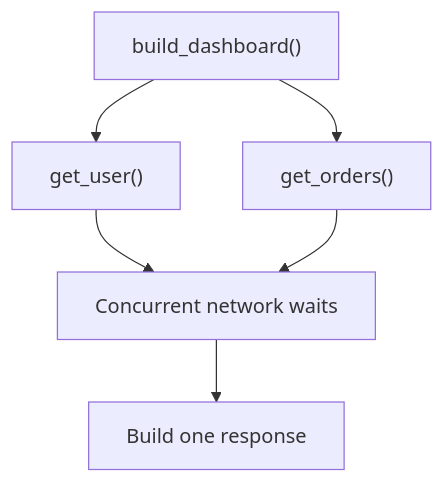
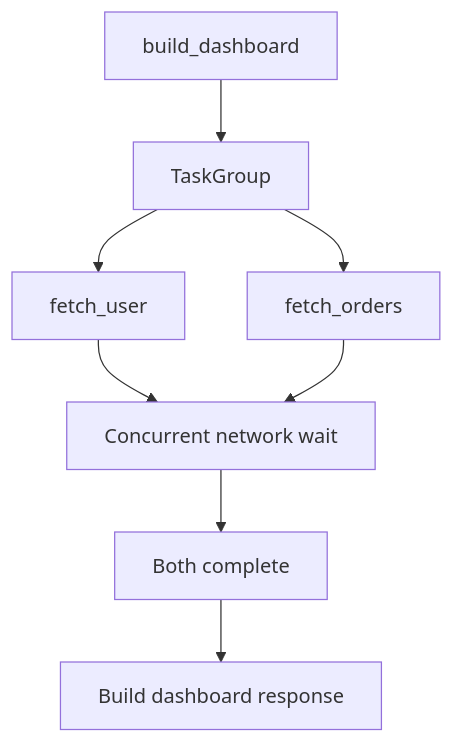
One commit to AvadhBhalodiya/Interview-Preparation changed the fourth of 4 diagrams in src/content/python/async-await-event-loop.md. Above: the diagram before and after it, drawn with Mermaid. The commit also changed other lines of this file and 80 other files, not shown here.

````diff
--- a/src/content/python/async-await-event-loop.md
+++ b/src/content/python/async-await-event-loop.md
@@ -1021,8 +428,10 @@
 ```mermaid
 flowchart TD
-    BUILD["build_dashboard()"] --> USER["get_user()"]
-    BUILD --> ORDERS["get_orders()"]
-    USER --> WAIT[Concurrent network waits]
-    ORDERS --> WAIT
-    WAIT --> RESP[Build one response]
+    A[build_dashboard] --> B[TaskGroup]
+    B --> C[fetch_user]
+    B --> D[fetch_orders]
+    C --> E[Concurrent network wait]
+    D --> E
+    E --> F[Both complete]
+    F --> G[Build dashboard response]
 ```
````
